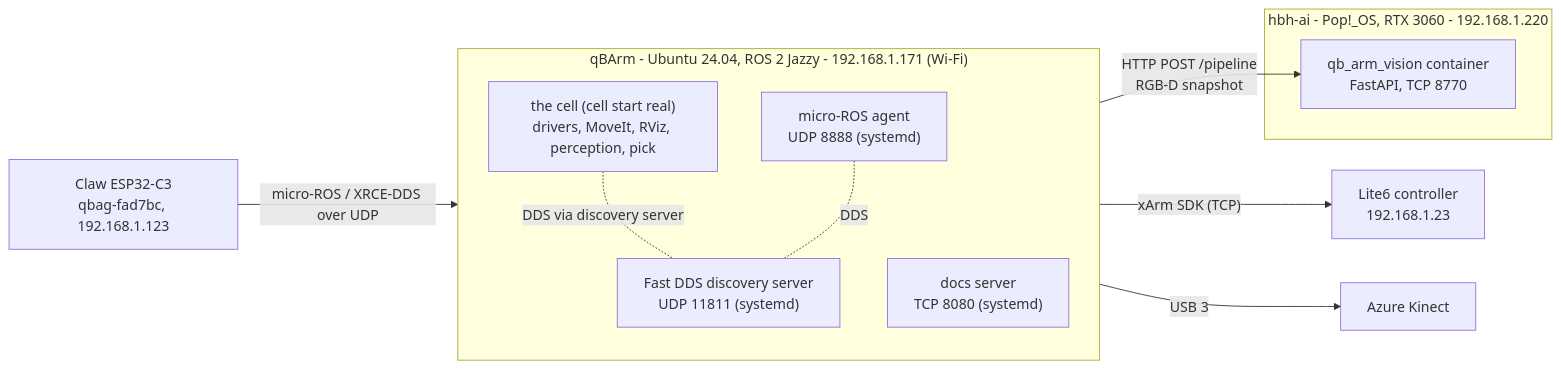
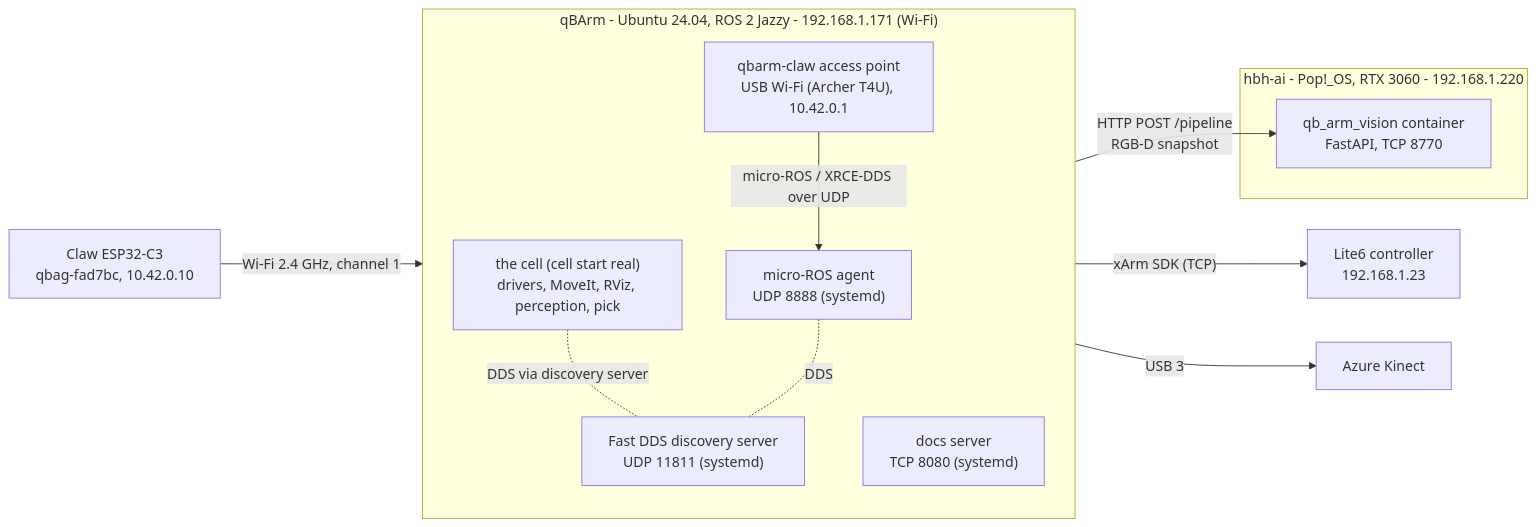
The second of 6 diagrams in docs/pages/02-architecture.md (whoobee/qb_arm_install), drawn with Mermaid before and after one commit. The commit also changed other lines of this file and 13 other files, not shown here.

First line of the commit message:
Claw access point qbarm-claw; docs: grip rework, new network, lessons 8-11

````diff
--- a/docs/pages/02-architecture.md
+++ b/docs/pages/02-architecture.md
@@ -31,22 +31,24 @@
 ```mermaid
 flowchart LR
     subgraph qbarm["qBArm - Ubuntu 24.04, ROS 2 Jazzy - 192.168.1.171 (Wi-Fi)"]
         direction TB
         DS["Fast DDS discovery server<br/>UDP 11811 (systemd)"]
         MRA["micro-ROS agent<br/>UDP 8888 (systemd)"]
         CELL["the cell (cell start real)<br/>drivers, MoveIt, RViz, perception, pick"]
         DOC["docs server<br/>TCP 8080 (systemd)"]
+        AP["qbarm-claw access point<br/>USB Wi-Fi (Archer T4U), 10.42.0.1"]
     end
     subgraph gpu["hbh-ai - Pop!_OS, RTX 3060 - 192.168.1.220"]
         SRV["qb_arm_vision container<br/>FastAPI, TCP 8770"]
     end
     ARM["Lite6 controller<br/>192.168.1.23"]
-    ESP["Claw ESP32-C3<br/>qbag-fad7bc, 192.168.1.123"]
+    ESP["Claw ESP32-C3<br/>qbag-fad7bc, 10.42.0.10"]
     KIN["Azure Kinect"]
     CELL -- "xArm SDK (TCP)" --> ARM
     CELL -- "USB 3" --> KIN
     CELL -- "HTTP POST /pipeline<br/>RGB-D snapshot" --> SRV
-    ESP -- "micro-ROS / XRCE-DDS over UDP" --> MRA
+    ESP -- "Wi-Fi 2.4 GHz, channel 1" --> AP
+    AP -- "micro-ROS / XRCE-DDS over UDP" --> MRA
     CELL -. "DDS via discovery server" .- DS
     MRA -. "DDS" .- DS
 ```
````
